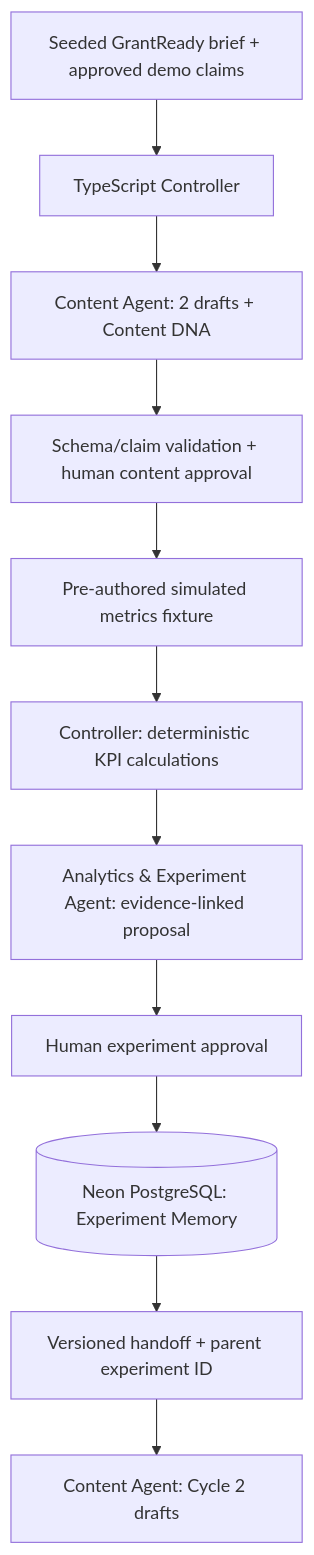
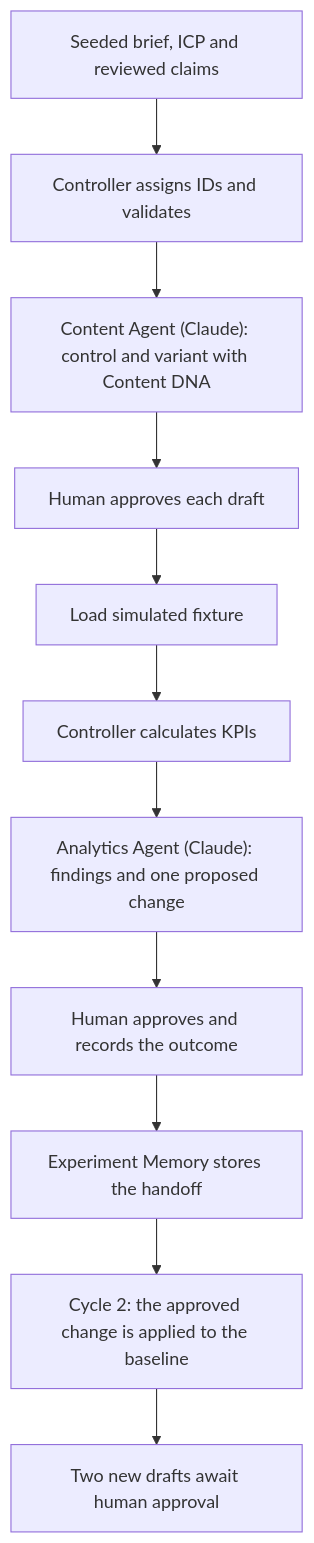
The diagram in README.md (Shawn-Bi/GrowthLoop-AI), drawn with Mermaid before and after one commit. The commit also changed other lines of this file and 4 other files, not shown here.

First line of the commit message:
docs: describe the integrated app and add the demo script

````diff
--- a/README.md
+++ b/README.md
@@ -22,13 +25,13 @@
 ```mermaid
 flowchart TD
-  A[Seeded GrantReady brief + approved demo claims] --> B[TypeScript Controller]
-  B --> C[Content Agent: 2 drafts + Content DNA]
-  C --> D[Schema/claim validation + human content approval]
-  D --> E[Pre-authored simulated metrics fixture]
-  E --> F[Controller: deterministic KPI calculations]
-  F --> G[Analytics & Experiment Agent: evidence-linked proposal]
-  G --> H[Human experiment approval]
-  H --> I[(Neon PostgreSQL: Experiment Memory)]
-  I --> J[Versioned handoff + parent experiment ID]
-  J --> K[Content Agent: Cycle 2 drafts]
+    B["Seeded brief, ICP and reviewed claims"] --> C["Controller assigns IDs and validates"]
+    C --> D["Content Agent (Claude): control and variant with Content DNA"]
+    D --> R["Human approves each draft"]
+    R --> M["Load simulated fixture"]
+    M --> K["Controller calculates KPIs"]
+    K --> A["Analytics Agent (Claude): findings and one proposed change"]
+    A --> H["Human approves and records the outcome"]
+    H --> N["Experiment Memory stores the handoff"]
+    N --> E["Cycle 2: the approved change is applied to the baseline"]
+    E --> R2["Two new drafts await human approval"]
 ```
````
